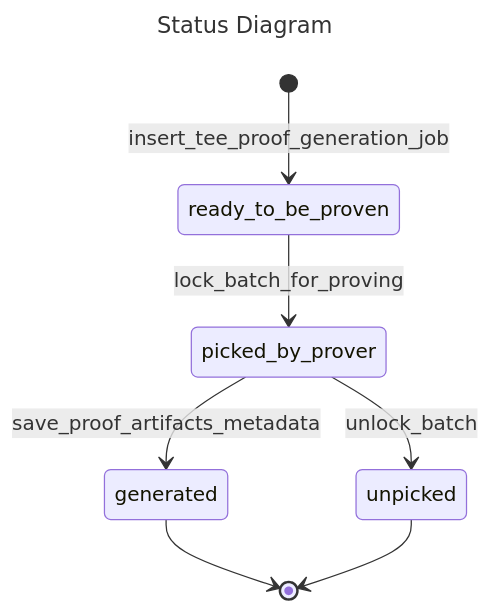
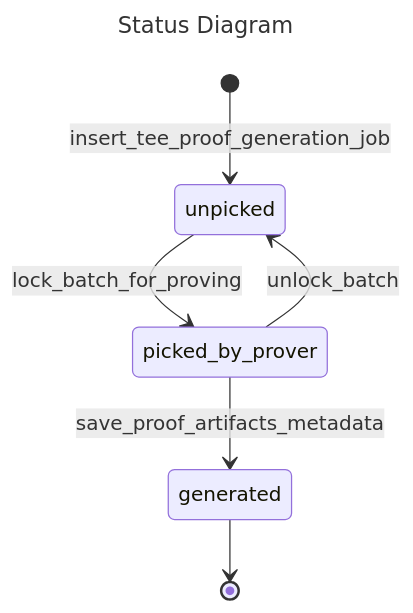
Before and after one commit to matter-labs/zksync-era: the diagram in core/lib/dal/doc/TeeProofGenerationDal.md, drawn with Mermaid. The commit also changed 14 other files, not shown here.

Commit message:
chore(dal): strong typing for TEE proof status

````diff
--- a/core/lib/dal/doc/TeeProofGenerationDal.md
+++ b/core/lib/dal/doc/TeeProofGenerationDal.md
@@ -9,13 +9,11 @@
 ```mermaid
 ---
 title: Status Diagram
 ---
 stateDiagram-v2
-[*] --> ready_to_be_proven : insert_tee_proof_generation_job
-ready_to_be_proven --> picked_by_prover : lock_batch_for_proving
+[*] --> unpicked : insert_tee_proof_generation_job
+unpicked --> picked_by_prover : lock_batch_for_proving
 picked_by_prover --> generated : save_proof_artifacts_metadata
+picked_by_prover --> unpicked : unlock_batch
 generated --> [*]
-
-picked_by_prover --> unpicked : unlock_batch
-unpicked --> [*]
 ```
````
